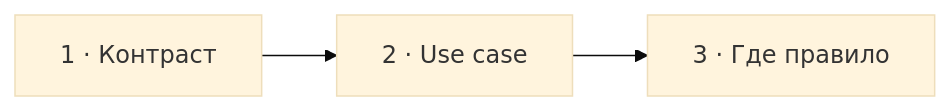
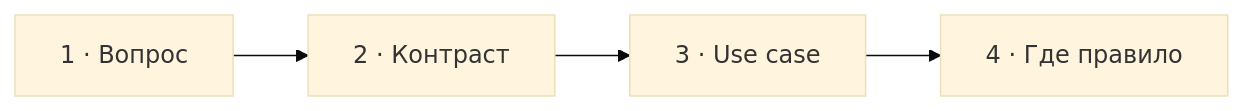
The diagram in episodes/841862-1payment/visual-plans/20-domain-vs-application-service.md (savinmikhail/php-backend-interview-video), drawn with Mermaid (base theme) before and after one commit. The commit also changed other lines of this file and 5 other files, not shown here.

````diff
--- a/episodes/841862-1payment/visual-plans/20-domain-vs-application-service.md
+++ b/episodes/841862-1payment/visual-plans/20-domain-vs-application-service.md
@@ -40,4 +42,4 @@
 ```mermaid
 flowchart LR
-  C["1 · Контраст"] --> U["2 · Use case"] --> R["3 · Где правило"]
+  Q["1 · Вопрос"] --> C["2 · Контраст"] --> U["3 · Use case"] --> R["4 · Где правило"]
 ```
````
